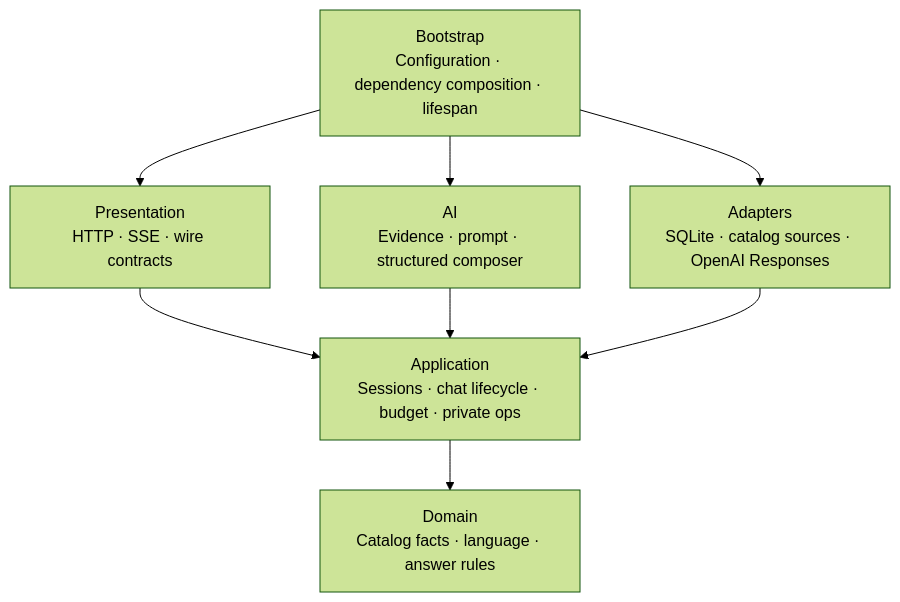
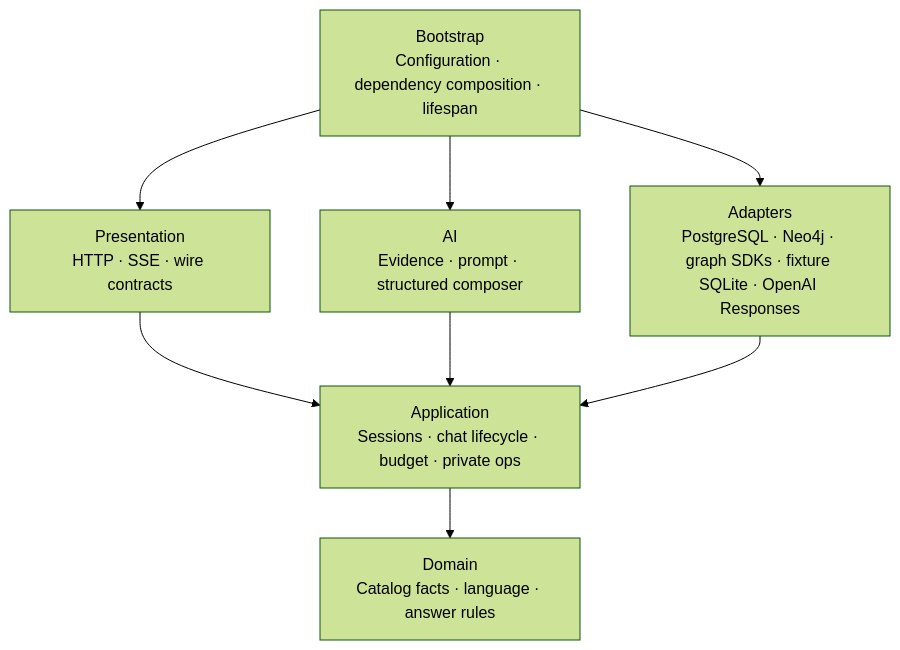
The first of 2 diagrams in docs/architecture.md (gonzalomartinperez/pequeverso-assistant-api), drawn with Mermaid (forest theme) before and after one commit. The commit also changed other lines of this file and 18 other files, not shown here.

First line of the commit message:
docs(architecture): explain public knowledge and private runtime boundaries

````diff
--- a/docs/architecture.md
+++ b/docs/architecture.md
@@ -5,10 +5,10 @@
 ```mermaid
 flowchart TB
   HTTP[Presentation\nHTTP · SSE · wire contracts] --> App[Application\nSessions · chat lifecycle · budget · private ops]
   App --> Domain[Domain\nCatalog facts · language · answer rules]
   AI[AI\nEvidence · prompt · structured composer] --> App
-  Adapters[Adapters\nSQLite · catalog sources · OpenAI Responses] --> App
+  Adapters[Adapters\nPostgreSQL · Neo4j · graph SDKs · fixture SQLite · OpenAI Responses] --> App
   Bootstrap[Bootstrap\nConfiguration · dependency composition · lifespan] --> HTTP
   Bootstrap --> AI
   Bootstrap --> Adapters
 ```
````
